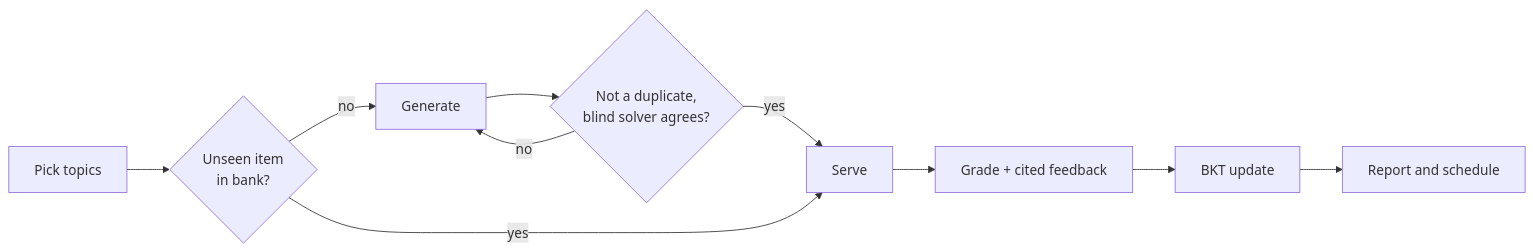
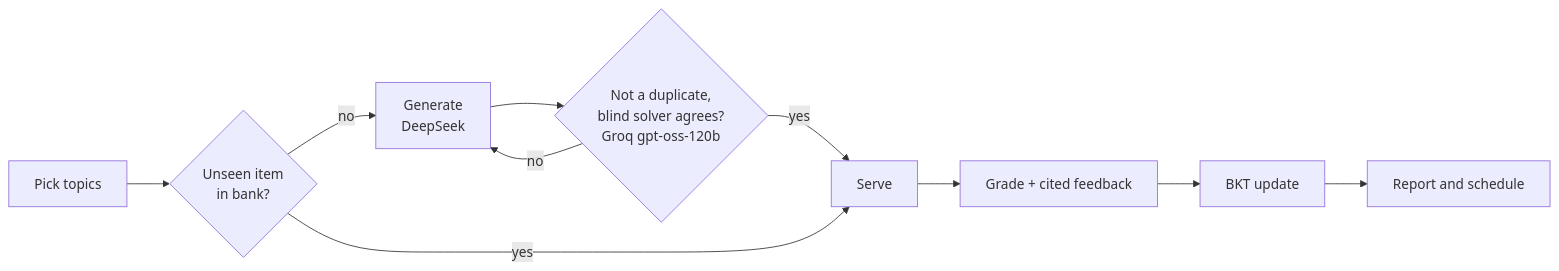
One commit to Aryan1092raj/Loopers changed the third of 4 diagrams in README.md. Above: the diagram before and after it, drawn with Mermaid. The commit also changed other lines of this file, not shown here.

````diff
--- a/README.md
+++ b/README.md
@@ -159,10 +54,9 @@
 ```mermaid
 flowchart LR
     S[Pick topics] --> B{Unseen item<br/>in bank?}
-    B -->|no| G[Generate] --> V{Not a duplicate,<br/>blind solver agrees?}
+    B -->|no| G[Generate<br/>DeepSeek] --> V{Not a duplicate,<br/>blind solver agrees?<br/>Groq gpt-oss-120b}
     V -->|no| G
     V -->|yes| SV[Serve]
     B -->|yes| SV
-    SV --> GR[Grade + cited feedback]
-    GR --> BKT[BKT update] --> REP[Report and schedule]
+    SV --> GR[Grade + cited feedback] --> BKT[BKT update] --> REP[Report and schedule]
 ```
````
